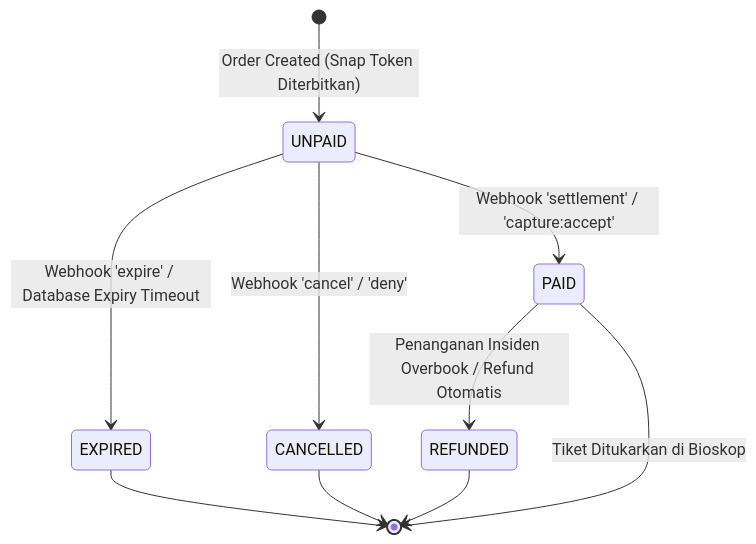
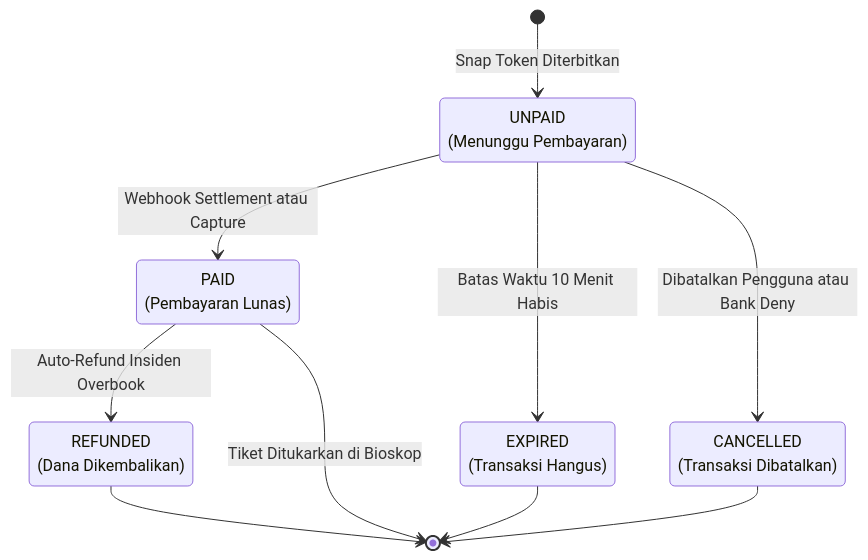
Before and after one commit to Hnzsama/nexus: the second of 2 diagrams in docs/03-state-machine.md, drawn with Mermaid. The commit also changed other lines of this file and 1 other file, not shown here.

Commit message:
fix: resolve syntax error in stateDiagram-v2 for chapters 3.1, 3.2 and quote webhook transitions

````diff
--- a/docs/03-state-machine.md
+++ b/docs/03-state-machine.md
@@ -27,15 +29,20 @@
 ```mermaid
 stateDiagram-v2
-    [*] --> UNPAID : Order Created (Snap Token Diterbitkan)
+    direction TB
 
-    UNPAID --> PAID : Webhook 'settlement' / 'capture:accept'
-    UNPAID --> EXPIRED : Webhook 'expire' / Database Expiry Timeout
-    UNPAID --> CANCELLED : Webhook 'cancel' / 'deny'
-    
-    PAID --> REFUNDED : Penanganan Insiden Overbook / Refund Otomatis
-    
+    state "UNPAID<br>(Menunggu Pembayaran)" as UNPAID
+    state "PAID<br>(Pembayaran Lunas)" as PAID
+    state "EXPIRED<br>(Transaksi Hangus)" as EXPIRED
+    state "CANCELLED<br>(Transaksi Dibatalkan)" as CANCELLED
+    state "REFUNDED<br>(Dana Dikembalikan)" as REFUNDED
+
+    [*] --> UNPAID : Snap Token Diterbitkan
+    UNPAID --> PAID : Webhook Settlement atau Capture
+    UNPAID --> EXPIRED : Batas Waktu 10 Menit Habis
+    UNPAID --> CANCELLED : Dibatalkan Pengguna atau Bank Deny
+    PAID --> REFUNDED : Auto-Refund Insiden Overbook
+    PAID --> [*] : Tiket Ditukarkan di Bioskop
     EXPIRED --> [*]
     CANCELLED --> [*]
     REFUNDED --> [*]
-    PAID --> [*] : Tiket Ditukarkan di Bioskop
 ```
````
